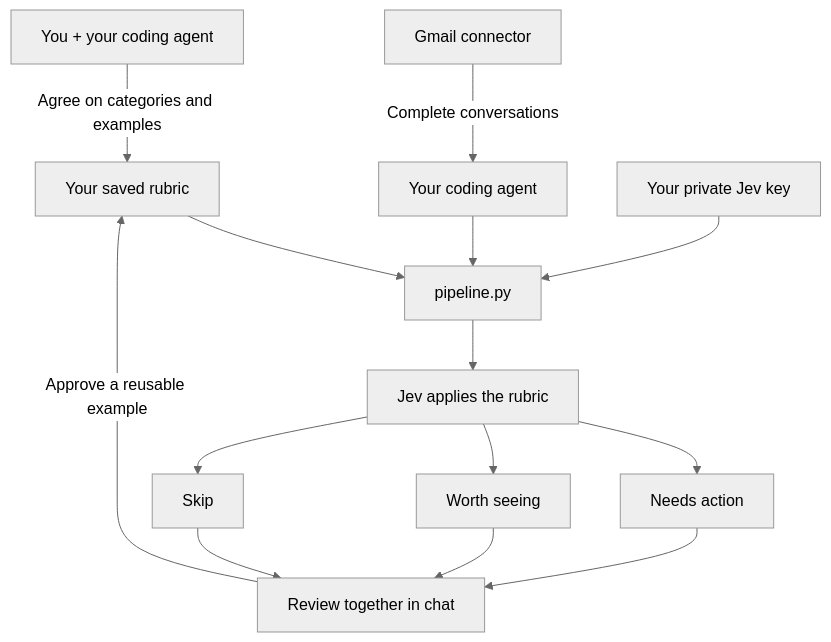
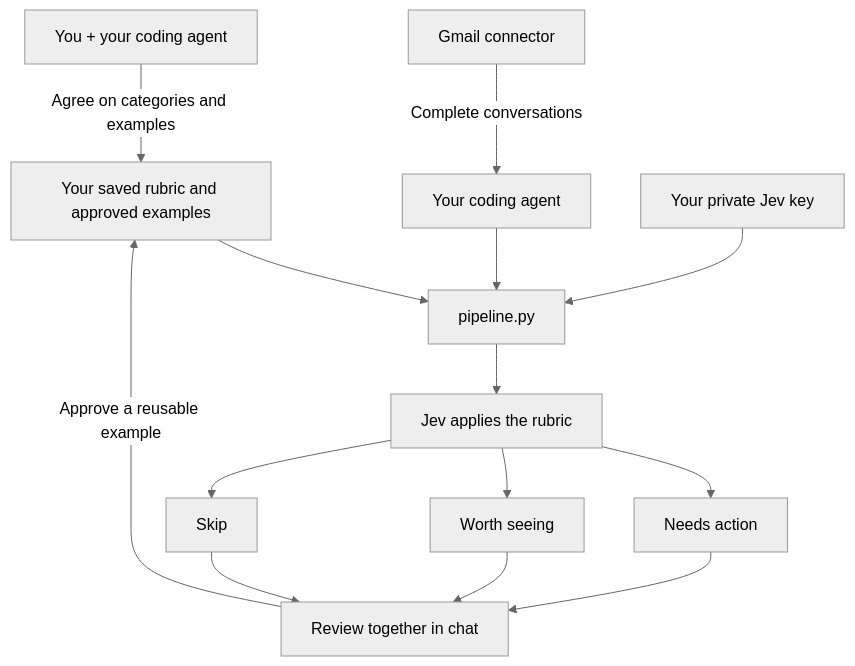
The diagram in docs/workflow.md (clairem0/decision-agent-template), drawn with Mermaid (neutral theme) before and after one commit. The commit also changed 5 other files, not shown here.

Commit message:
Add a simple workflow diagram and align setup documentation

````diff
--- a/docs/workflow.md
+++ b/docs/workflow.md
@@ -3,16 +3,16 @@
 ```mermaid
 flowchart TD
-    A[You + your coding agent] -->|Agree on categories and examples| R[Your saved rubric]
+    A[You + your coding agent] -->|Agree on categories and examples| R[Your saved rubric and approved examples]
     G[Gmail connector] -->|Complete conversations| C[Your coding agent]
     C --> P[pipeline.py]
     R --> P
     K[Your private Jev key] --> P
     P --> J[Jev applies the rubric]
     J --> N[Needs action]
     J --> W[Worth seeing]
     J --> S[Skip]
     N --> V[Review together in chat]
     W --> V
     S --> V
     V -->|Approve a reusable example| R
 ```
````
